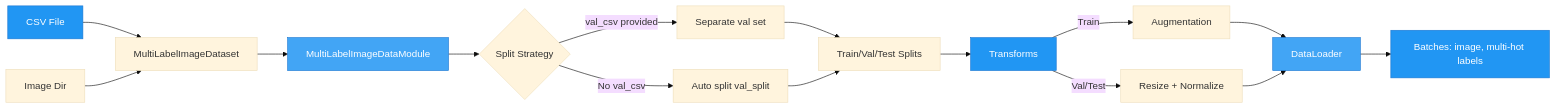
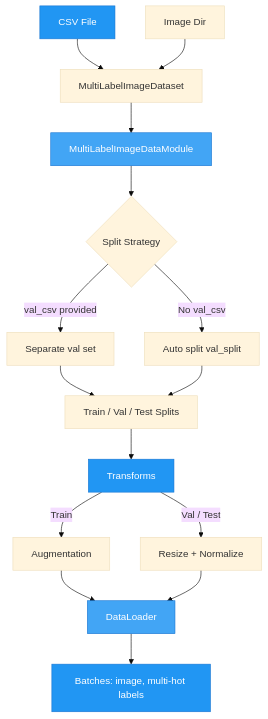
One commit to theja-vanka/AutoTimm changed the diagram in docs/user-guide/data-loading/multilabel-classification-data.md. Above: the diagram before and after it, drawn with Mermaid (base theme). The commit also changed 10 other files, not shown here.

Commit message:
refactor: mermaid diagrams

````diff
--- a/docs/user-guide/data-loading/multilabel-classification-data.md
+++ b/docs/user-guide/data-loading/multilabel-classification-data.md
@@ -7,31 +7,31 @@
 ```mermaid
-graph LR
+graph TD
     A[CSV File] --> B[MultiLabelImageDataset]
     C[Image Dir] --> B
 
     B --> D[MultiLabelImageDataModule]
 
     D --> E{Split Strategy}
 
     E -->|val_csv provided| F1[Separate val set]
     E -->|No val_csv| F2[Auto split val_split]
 
-    F1 --> G[Train/Val/Test Splits]
+    F1 --> G[Train / Val / Test Splits]
     F2 --> G
 
     G --> H[Transforms]
 
     H -->|Train| I1[Augmentation]
-    H -->|Val/Test| I2[Resize + Normalize]
+    H -->|Val / Test| I2[Resize + Normalize]
 
     I1 --> J[DataLoader]
     I2 --> J
 
     J --> K[Batches: image, multi-hot labels]
 
     style A fill:#2196F3,stroke:#1976D2,color:#fff
     style D fill:#42A5F5,stroke:#1976D2,color:#fff
     style H fill:#2196F3,stroke:#1976D2,color:#fff
     style J fill:#42A5F5,stroke:#1976D2,color:#fff
     style K fill:#2196F3,stroke:#1976D2,color:#fff
 ```
````
